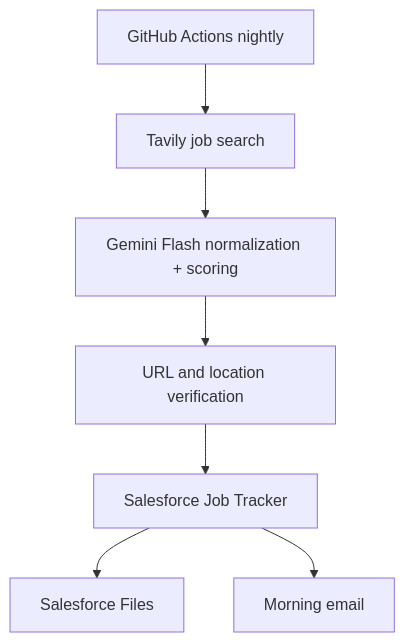
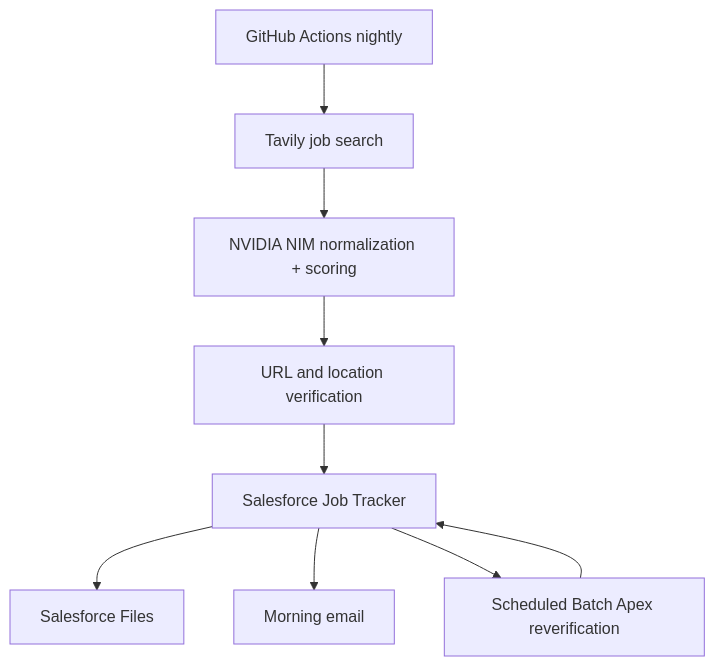
One commit to vamshi4067/salesforce-job-search-agent changed the diagram in README.md. Above: the diagram before and after it, drawn with Mermaid. The commit also changed other lines of this file and 17 other files, not shown here.

````diff
--- a/README.md
+++ b/README.md
@@ -18,9 +18,11 @@
 ```mermaid
 flowchart TD
   GH["GitHub Actions nightly"] --> T["Tavily job search"]
-  T --> G["Gemini Flash normalization + scoring"]
+  T --> G["NVIDIA NIM normalization + scoring"]
   G --> V["URL and location verification"]
   V --> SF["Salesforce Job Tracker"]
   SF --> F["Salesforce Files"]
   SF --> E["Morning email"]
+  SF --> B["Scheduled Batch Apex reverification"]
+  B --> SF
 ```
````
